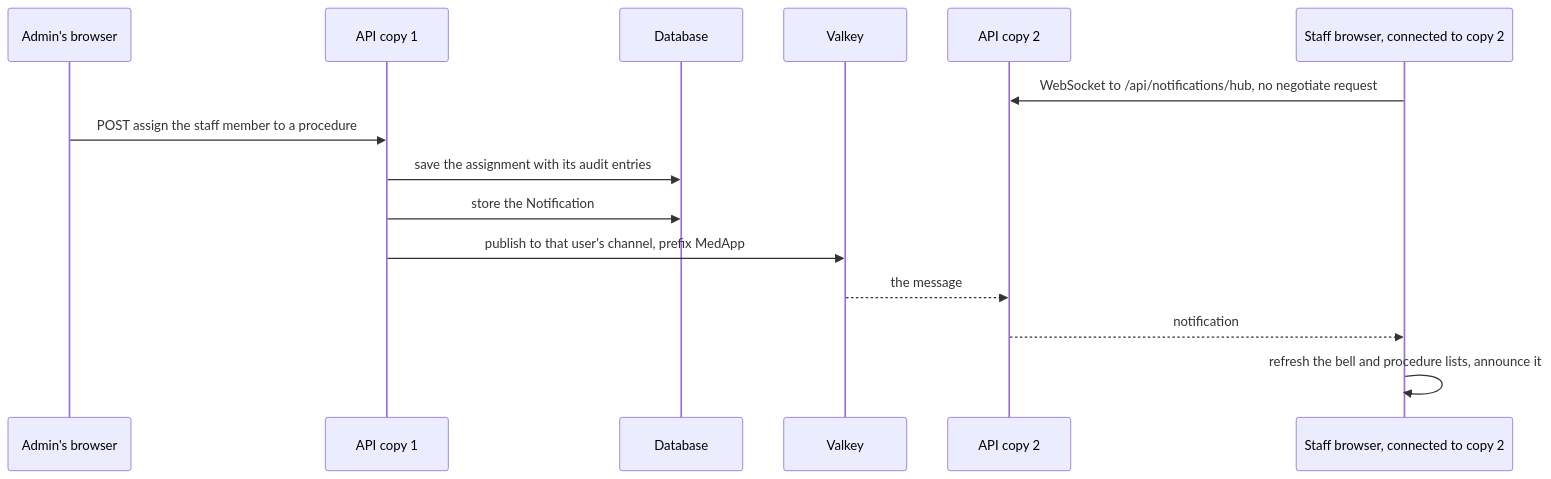
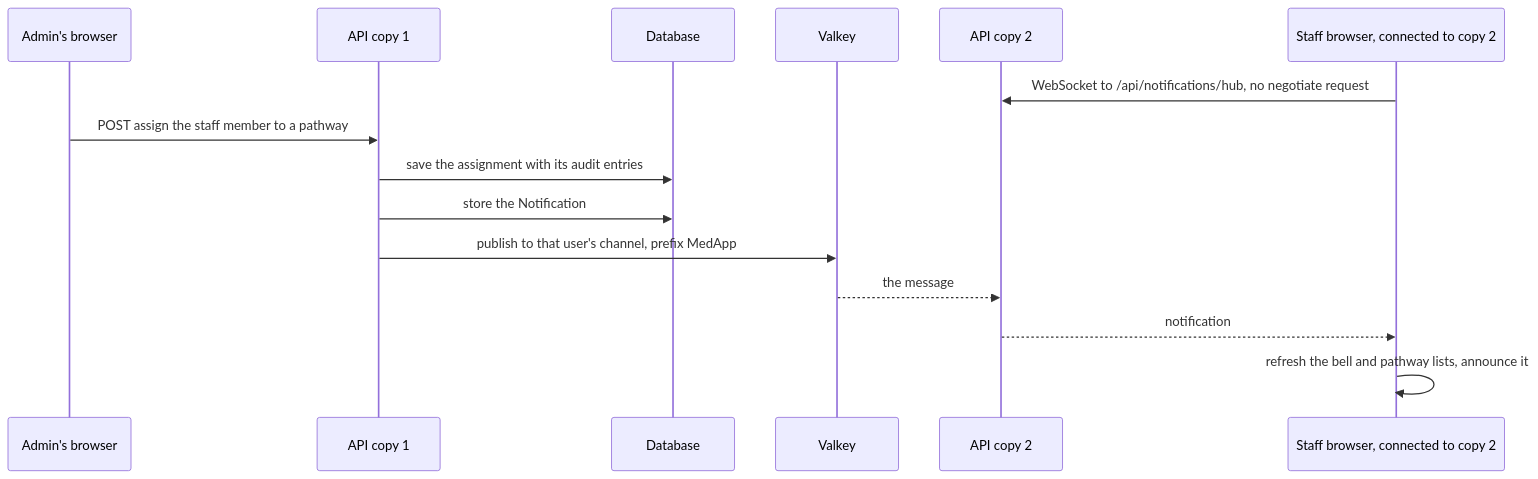
One commit to Aliator/MedApp changed the ninth of 11 diagrams in docs/architecture.md. Above: the diagram before and after it, drawn with Mermaid. The commit also changed other lines of this file and 1207 other files, not shown here.

````diff
--- a/docs/architecture.md
+++ b/docs/architecture.md
@@ -797,17 +797,17 @@
 ```mermaid
 sequenceDiagram
     participant Ad as Admin's browser
     participant A1 as API copy 1
     participant D as Database
     participant V as Valkey
     participant A2 as API copy 2
     participant S as Staff browser, connected to copy 2
     S->>A2: WebSocket to /api/notifications/hub, no negotiate request
-    Ad->>A1: POST assign the staff member to a procedure
+    Ad->>A1: POST assign the staff member to a pathway
     A1->>D: save the assignment with its audit entries
     A1->>D: store the Notification
     A1->>V: publish to that user's channel, prefix MedApp
     V-->>A2: the message
     A2-->>S: notification
-    S->>S: refresh the bell and procedure lists, announce it
+    S->>S: refresh the bell and pathway lists, announce it
 ```
````
